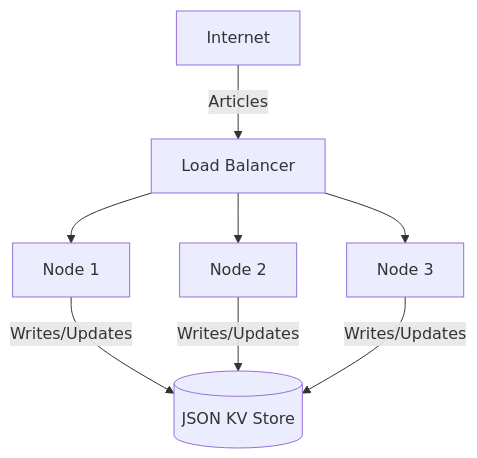
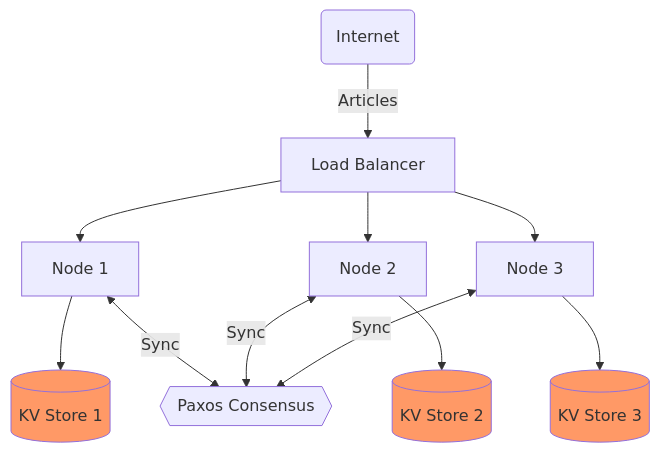
One commit to L0Lmaker/DistributedSemanticAnalysis changed the first of 2 diagrams in README.md. Above: the diagram before and after it, drawn with Mermaid. The commit also changed other lines of this file, not shown here.

````diff
--- a/README.md
+++ b/README.md
@@ -22,16 +23,19 @@
 ```mermaid
-flowchart TD
-    LB[Load Balancer]
-    N1[Node 1]
-    N2[Node 2]
-    N3[Node 3]
-    DB[(JSON KV Store)]
-    
-    internet[Internet] -->|Articles| LB
-    LB --> N1
-    LB --> N2
-    LB --> N3
-    N1 -->|Writes/Updates| DB
-    N2 -->|Writes/Updates| DB
-    N3 -->|Writes/Updates| DB
-```    
+flowchart TB
+    internet(Internet) -->|Articles| LB[Load Balancer]
+    LB --> N1[Node 1]
+    LB --> N2[Node 2]
+    LB --> N3[Node 3]
+
+    N1 --> KV1[(KV Store 1)]
+    N2 --> KV2[(KV Store 2)]
+    N3 --> KV3[(KV Store 3)]
+
+    PAXOS{{"Paxos Consensus"}}
+    N1 <-->|Sync| PAXOS
+    N2 <-->|Sync| PAXOS
+    N3 <-->|Sync| PAXOS
+
+    classDef kvstore fill:#f96;
+    class KV1,KV2,KV3 kvstore;
+```
````
